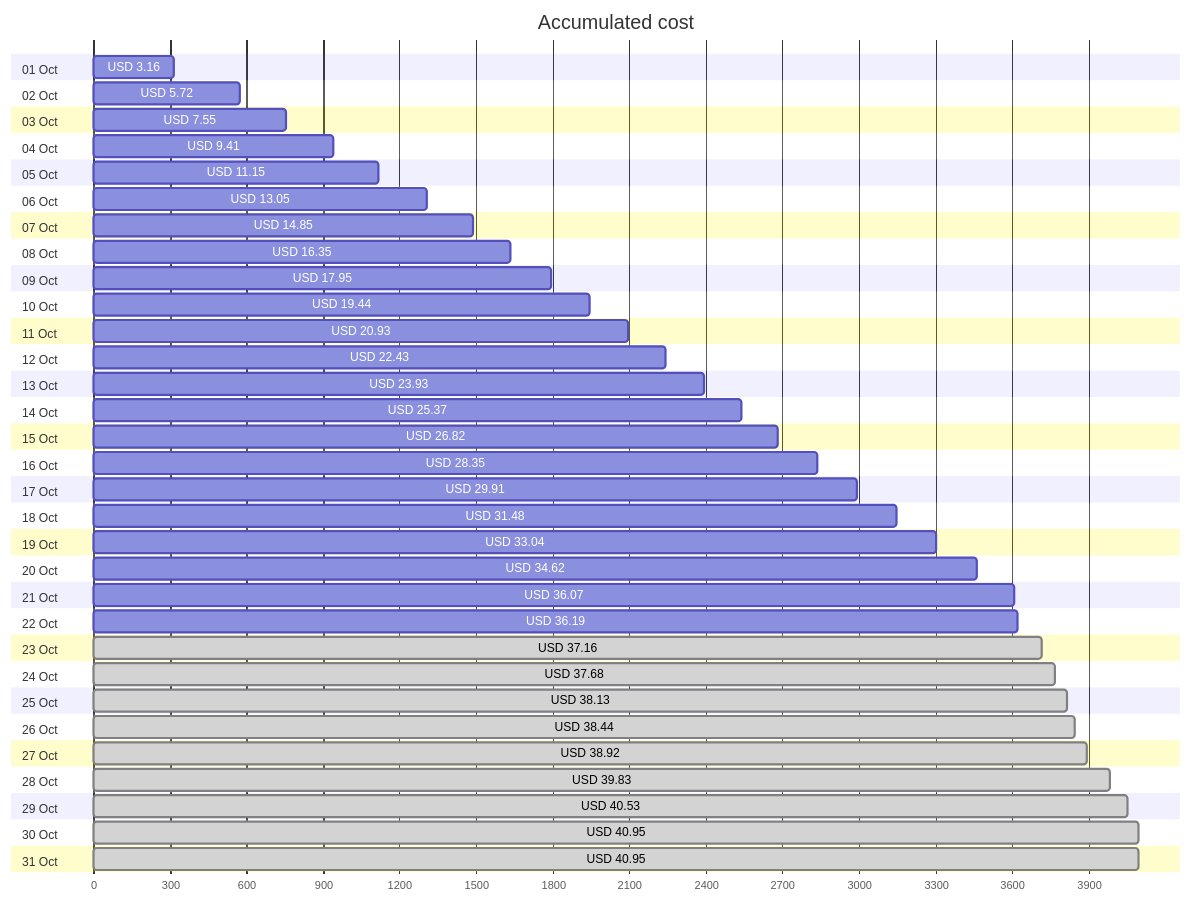
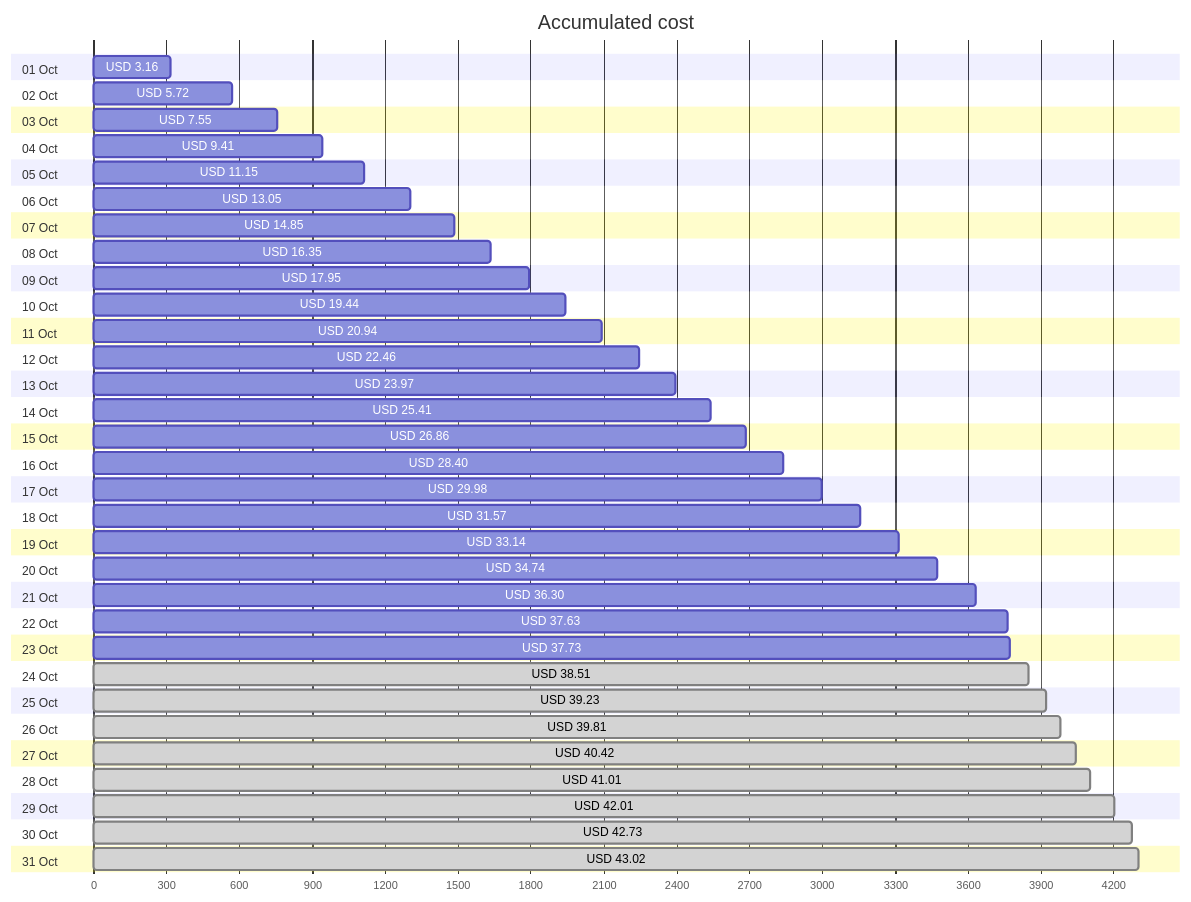
The first of 4 diagrams in cost-reports/personal-network/README.md (jpfulton/azure-personal-reports), drawn with Mermaid before and after one commit. The commit also changed other lines of this file and 8 other files, not shown here.

````diff
--- a/cost-reports/personal-network/README.md
+++ b/cost-reports/personal-network/README.md
@@ -20,68 +20,68 @@
 ```mermaid
 gantt
    title Accumulated cost
    dateFormat  X
    axisFormat %s
    section 01 Oct
    USD 3.16 :0, 316
    section 02 Oct
    USD 5.72 :0, 572
    section 03 Oct
    USD 7.55 :0, 755
    section 04 Oct
    USD 9.41 :0, 941
    section 05 Oct
    USD 11.15 :0, 1115
    section 06 Oct
    USD 13.05 :0, 1305
    section 07 Oct
    USD 14.85 :0, 1485
    section 08 Oct
    USD 16.35 :0, 1635
    section 09 Oct
    USD 17.95 :0, 1795
    section 10 Oct
    USD 19.44 :0, 1944
    section 11 Oct
-   USD 20.93 :0, 2093
+   USD 20.94 :0, 2094
    section 12 Oct
-   USD 22.43 :0, 2243
+   USD 22.46 :0, 2246
    section 13 Oct
-   USD 23.93 :0, 2393
+   USD 23.97 :0, 2397
    section 14 Oct
-   USD 25.37 :0, 2537
+   USD 25.41 :0, 2541
    section 15 Oct
-   USD 26.82 :0, 2682
+   USD 26.86 :0, 2686
    section 16 Oct
-   USD 28.35 :0, 2835
+   USD 28.40 :0, 2840
    section 17 Oct
-   USD 29.91 :0, 2991
+   USD 29.98 :0, 2998
    section 18 Oct
-   USD 31.48 :0, 3148
+   USD 31.57 :0, 3157
    section 19 Oct
-   USD 33.04 :0, 3304
+   USD 33.14 :0, 3314
    section 20 Oct
-   USD 34.62 :0, 3462
+   USD 34.74 :0, 3474
    section 21 Oct
-   USD 36.07 :0, 3607
+   USD 36.30 :0, 3630
    section 22 Oct
-   USD 36.19 :0, 3619
+   USD 37.63 :0, 3763
    section 23 Oct
-   USD 37.16 : done, 0, 3716
+   USD 37.73 :0, 3773
    section 24 Oct
-   USD 37.68 : done, 0, 3768
+   USD 38.51 : done, 0, 3851
    section 25 Oct
-   USD 38.13 : done, 0, 3813
+   USD 39.23 : done, 0, 3923
    section 26 Oct
-   USD 38.44 : done, 0, 3844
+   USD 39.81 : done, 0, 3981
    section 27 Oct
-   USD 38.92 : done, 0, 3892
+   USD 40.42 : done, 0, 4042
    section 28 Oct
-   USD 39.83 : done, 0, 3983
+   USD 41.01 : done, 0, 4101
    section 29 Oct
-   USD 40.53 : done, 0, 4053
+   USD 42.01 : done, 0, 4201
    section 30 Oct
-   USD 40.95 : done, 0, 4095
+   USD 42.73 : done, 0, 4273
    section 31 Oct
-   USD 40.95 : done, 0, 4095
+   USD 43.02 : done, 0, 4302
 ```
````
